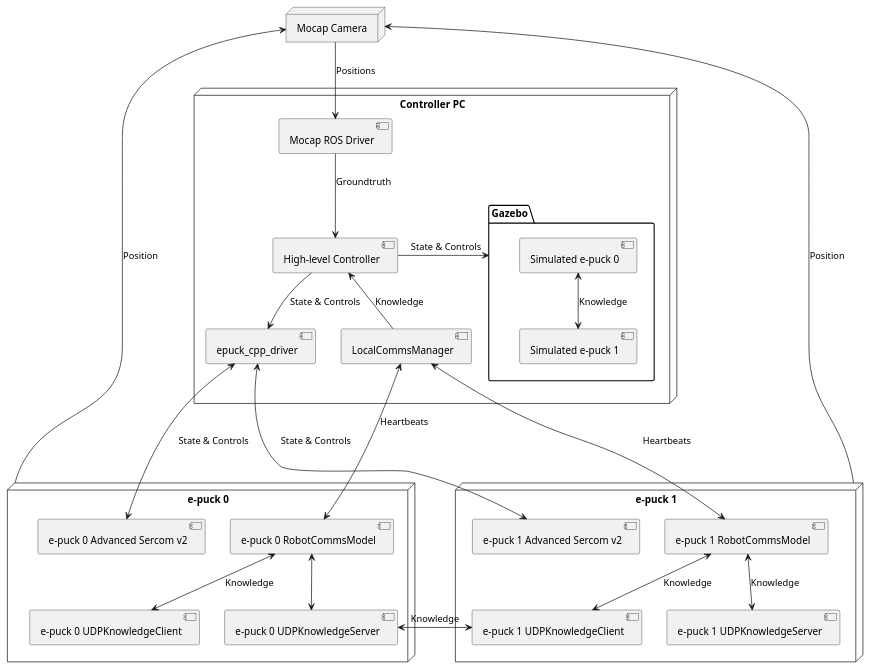
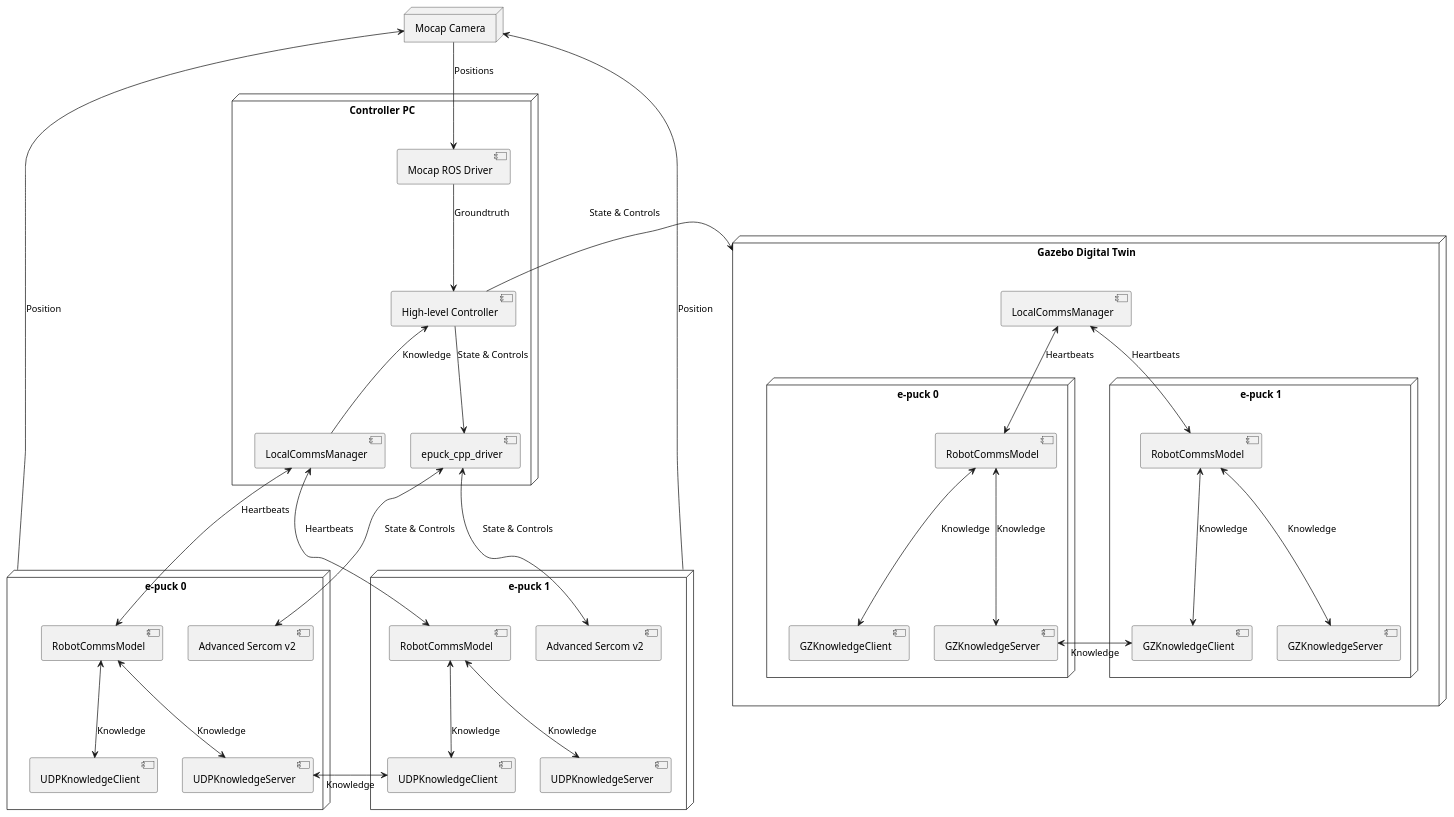
The diagram in ros_gz_lazy_agent_sim_applications/agent_local_comms_server/doc/software_architecture.puml (eshjordan/lazy_agent_sim), drawn with PlantUML before and after one commit.

Commit message:
Split gazebo into its own node for better visualisation

```diff
--- a/ros_gz_lazy_agent_sim_applications/agent_local_comms_server/doc/software_architecture.puml
+++ b/ros_gz_lazy_agent_sim_applications/agent_local_comms_server/doc/software_architecture.puml
@@ -1,62 +1,86 @@
 @startuml
 
 node "Mocap Camera"
 
 node "Controller PC" {
-  package "Gazebo" {
-    component "Simulated e-puck 0"
-    component "Simulated e-puck 1"
-  }
-
   component "LocalCommsManager"
 
   component "High-level Controller"
 
   component "epuck_cpp_driver"
 
   component "Mocap ROS Driver"
 }
 
+node "Gazebo Digital Twin" as Gazebo {
+  component "LocalCommsManager" as gzLocalCommsManager
+
+  node "e-puck 0" as simEpuck0 {
+    component "RobotCommsModel" as simEpuck0RobotCommsModel
+    component "GZKnowledgeServer" as simEpuck0GZKnowledgeServer
+    component "GZKnowledgeClient" as simEpuck0GZKnowledgeClient
+  }
+
+  node "e-puck 1" as simEpuck1 {
+    component "RobotCommsModel" as simEpuck1RobotCommsModel
+    component "GZKnowledgeServer" as simEpuck1GZKnowledgeServer
+    component "GZKnowledgeClient" as simEpuck1GZKnowledgeClient
+  }
+}
+
 node "e-puck 0" {
-  component "e-puck 0 RobotCommsModel"
-  component "e-puck 0 UDPKnowledgeServer"
-  component "e-puck 0 UDPKnowledgeClient"
-  component "e-puck 0 Advanced Sercom v2"
+  component "RobotCommsModel" as epuck0RobotCommsModel
+  component "UDPKnowledgeServer" as epuck0UDPKnowledgeServer
+  component "UDPKnowledgeClient" as epuck0UDPKnowledgeClient
+  component "Advanced Sercom v2" as epuck0AdvancedSercom
 }
 
 node "e-puck 1" {
-  component "e-puck 1 RobotCommsModel"
-  component "e-puck 1 UDPKnowledgeServer"
-  component "e-puck 1 UDPKnowledgeClient"
-  component "e-puck 1 Advanced Sercom v2"
+  component "RobotCommsModel" as epuck1RobotCommsModel
+  component "UDPKnowledgeServer" as epuck1UDPKnowledgeServer
+  component "UDPKnowledgeClient" as epuck1UDPKnowledgeClient
+  component "Advanced Sercom v2" as epuck1AdvancedSercom
 }
 
-"epuck_cpp_driver" <--> "e-puck 0 Advanced Sercom v2": State & Controls
-"epuck_cpp_driver" <--> "e-puck 1 Advanced Sercom v2": State & Controls
+"epuck_cpp_driver" <--> epuck0AdvancedSercom: State & Controls
+"epuck_cpp_driver" <--> epuck1AdvancedSercom: State & Controls
 
-"LocalCommsManager" <--> "e-puck 0 RobotCommsModel": Heartbeats\n\n\n
-"LocalCommsManager" <-left-> "e-puck 1 RobotCommsModel": Heartbeats
+"LocalCommsManager" <--> epuck0RobotCommsModel: Heartbeats\n\n\n
+"LocalCommsManager" <--> epuck1RobotCommsModel: Heartbeats
+epuck0RobotCommsModel <--> epuck0UDPKnowledgeServer: Knowledge
+epuck0RobotCommsModel <--> epuck0UDPKnowledgeClient: Knowledge
+epuck1RobotCommsModel <--> epuck1UDPKnowledgeClient: Knowledge
+epuck1RobotCommsModel <--> epuck1UDPKnowledgeServer: Knowledge
+epuck0UDPKnowledgeServer <-> epuck1UDPKnowledgeClient: Knowledge
 
-"e-puck 0 Advanced Sercom v2" -[hidden]-> "e-puck 0 UDPKnowledgeClient"
-"e-puck 1 Advanced Sercom v2" -[hidden]-> "e-puck 1 UDPKnowledgeClient"
-"e-puck 0 RobotCommsModel" <--> "e-puck 0 UDPKnowledgeServer"
-"e-puck 0 RobotCommsModel" <--> "e-puck 0 UDPKnowledgeClient": Knowledge
-"e-puck 1 RobotCommsModel" <--> "e-puck 1 UDPKnowledgeClient": Knowledge
-"e-puck 1 RobotCommsModel" <--> "e-puck 1 UDPKnowledgeServer": Knowledge
-
-"e-puck 0 UDPKnowledgeServer" <-> "e-puck 1 UDPKnowledgeClient": Knowledge
+"Controller PC" -[hidden]-> "e-puck 0"
+"Controller PC" -[hidden]-> "e-puck 1"
+"e-puck 0" -[hidden]> "e-puck 1"
+epuck0UDPKnowledgeClient -[hidden]> epuck0UDPKnowledgeServer
+epuck1UDPKnowledgeClient -[hidden]> epuck1UDPKnowledgeServer
 
 "Mocap Camera" <-- "e-puck 0": Position
 "Mocap Camera" <-- "e-puck 1": Position
 "Mocap Camera" --> "Mocap ROS Driver": Positions
 "Mocap ROS Driver" --> "High-level Controller": Groundtruth
 
 "High-level Controller" --> "epuck_cpp_driver": State & Controls
 
 "High-level Controller" <-- "LocalCommsManager": Knowledge
 
-"Simulated e-puck 0" <--> "Simulated e-puck 1": Knowledge
 
-"High-level Controller" -> "Gazebo": State & Controls
+Gazebo <- "High-level Controller": State & Controls
+
+gzLocalCommsManager <--> simEpuck0RobotCommsModel: Heartbeats
+gzLocalCommsManager <--> simEpuck1RobotCommsModel: Heartbeats
+simEpuck0RobotCommsModel <--> simEpuck0GZKnowledgeServer: Knowledge
+simEpuck0RobotCommsModel <--> simEpuck0GZKnowledgeClient: Knowledge
+simEpuck1RobotCommsModel <--> simEpuck1GZKnowledgeClient: Knowledge
+simEpuck1RobotCommsModel <--> simEpuck1GZKnowledgeServer: Knowledge
+simEpuck0GZKnowledgeServer <-> simEpuck1GZKnowledgeClient: Knowledge
+
+simEpuck0 -[hidden]> simEpuck1
+simEpuck0GZKnowledgeClient -[hidden]> simEpuck0GZKnowledgeServer
+simEpuck1GZKnowledgeClient -[hidden]> simEpuck1GZKnowledgeServer
 
 @enduml
```
